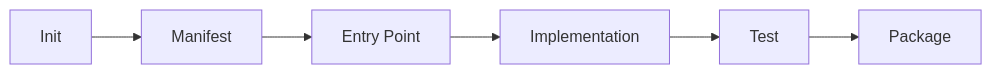
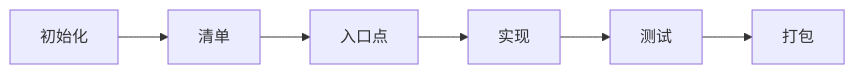
The diagram in docs/zh/architecture-book/part-3-plugin-system/05-writing-plugins.md (a576378368/openclaw_docs), drawn with Mermaid before and after one commit. The commit also changed other lines of this file and 7 other files, not shown here.

````diff
--- a/docs/zh/architecture-book/part-3-plugin-system/05-writing-plugins.md
+++ b/docs/zh/architecture-book/part-3-plugin-system/05-writing-plugins.md
@@ -15,8 +15,8 @@
 ```mermaid
 flowchart LR
-    A[Init] --> B[Manifest]
-    B --> C[Entry Point]
-    C --> D[Implementation]
-    D --> E[Test]
-    E --> F[Package]
+    A[初始化] --> B[清单]
+    B --> C[入口点]
+    C --> D[实现]
+    D --> E[测试]
+    E --> F[打包]
 ```
````
